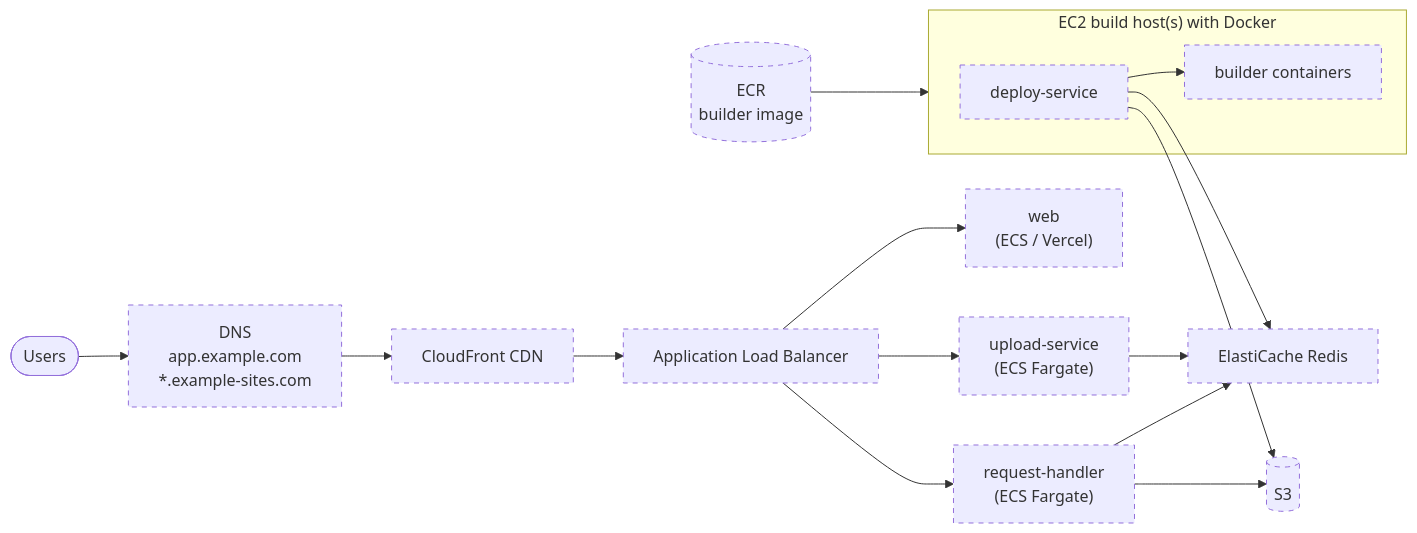
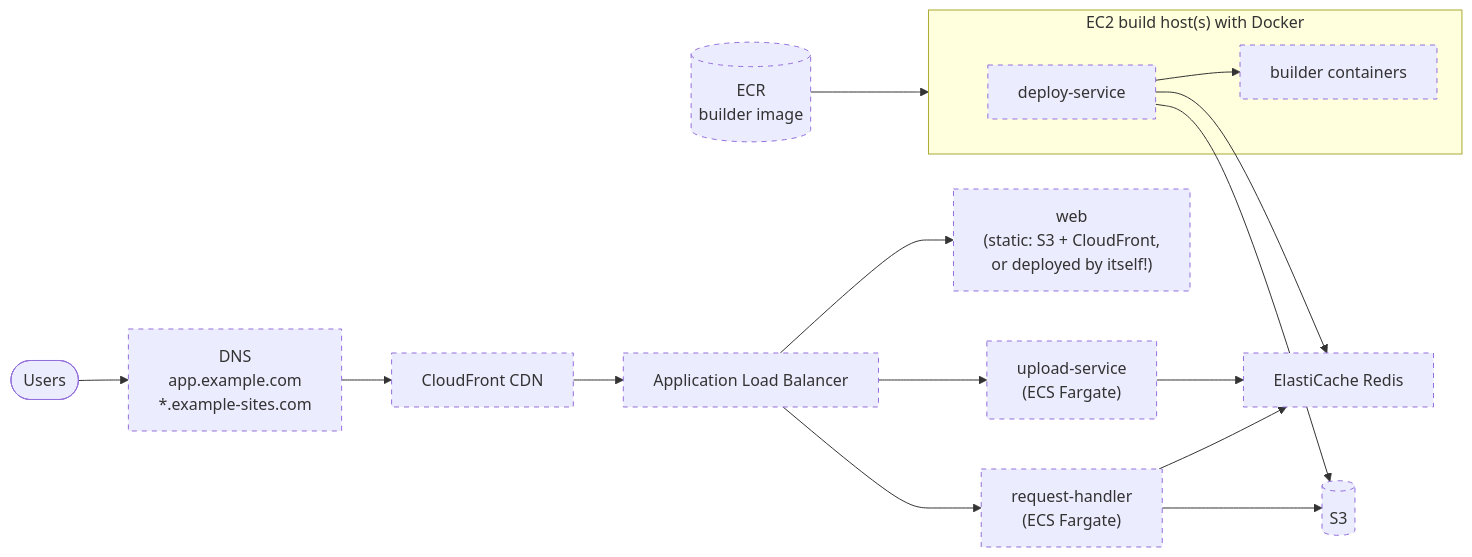
One commit to chaitanyaiscoding/Vercel---Clone changed the sixth of 6 diagrams in docs/architecture.md. Above: the diagram before and after it, drawn with Mermaid. The commit also changed other lines of this file and 30 other files, not shown here.

````diff
--- a/docs/architecture.md
+++ b/docs/architecture.md
@@ -263,21 +263,21 @@
 ```mermaid
 flowchart LR
     user(["Users"]) --> dns["DNS<br/>app.example.com<br/>*.example-sites.com"]
     dns --> cf["CloudFront CDN"]
     cf --> alb["Application Load Balancer"]
-    alb --> webp["web<br/>(ECS / Vercel)"]
+    alb --> webp["web<br/>(static: S3 + CloudFront,<br/>or deployed by itself!)"]
     alb --> upp["upload-service<br/>(ECS Fargate)"]
     alb --> rhp["request-handler<br/>(ECS Fargate)"]
     upp --> ec["ElastiCache Redis"]
     rhp --> ec
     rhp --> s3p[("S3")]
     subgraph ec2["EC2 build host(s) with Docker"]
         dsp["deploy-service"] --> bc["builder containers"]
     end
     dsp --> ec
     dsp --> s3p
     ecr[("ECR<br/>builder image")] --> ec2
 
     classDef planned stroke-dasharray: 5 5
     class dns,cf,alb,webp,upp,rhp,ec,s3p,dsp,bc,ecr planned
 ```
````
